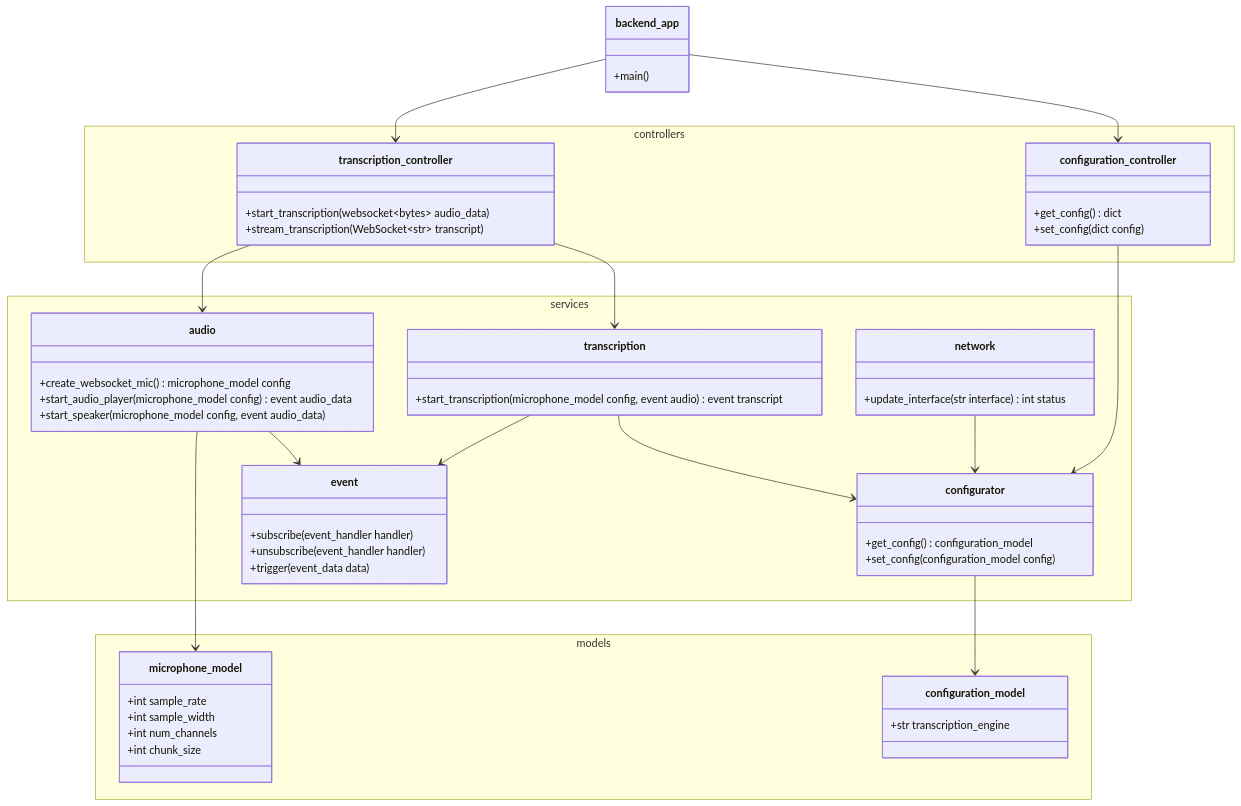
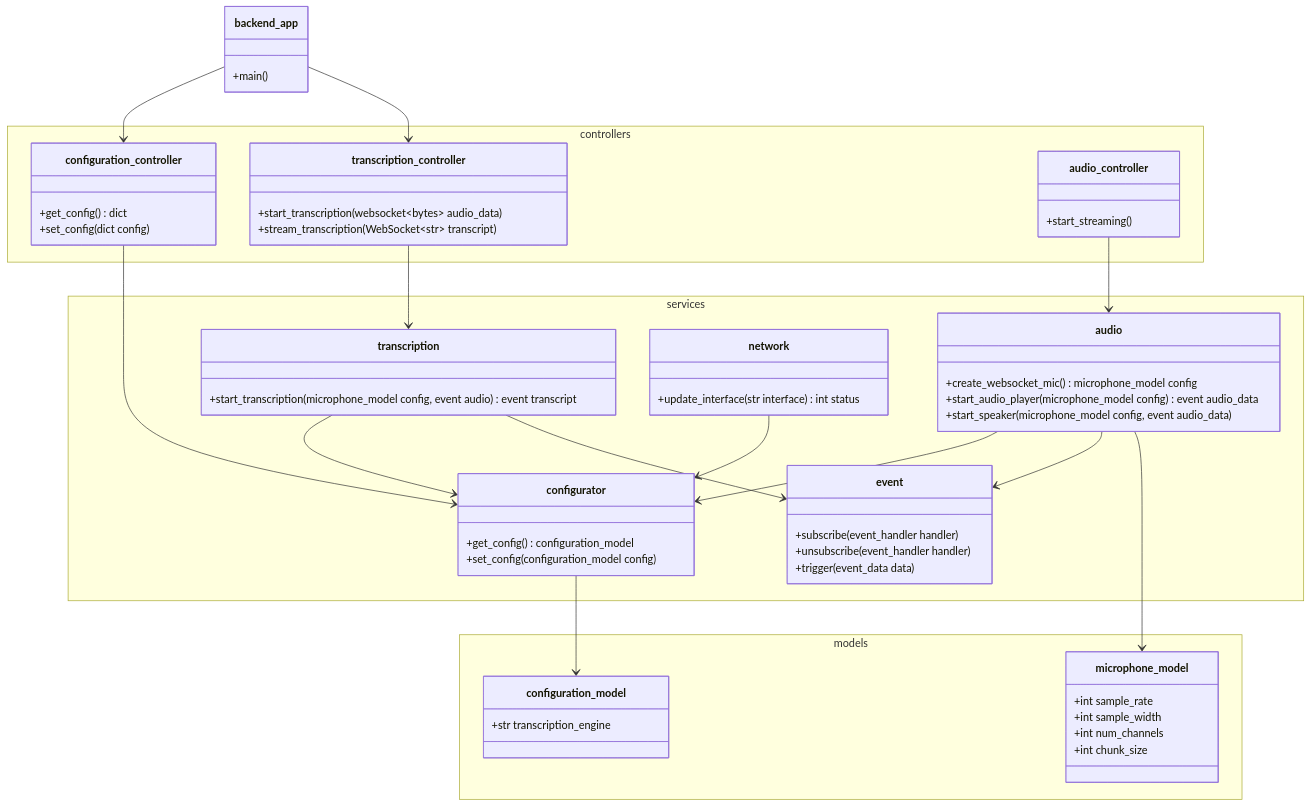
Before and after one commit to mohdfareed/MSD_P18538: the second of 7 diagrams in software/backend/README.md, drawn with Mermaid.

Commit message:
Update `README`

````diff
--- a/software/backend/README.md
+++ b/software/backend/README.md
@@ -67,73 +67,78 @@
 ```mermaid
 classDiagram
     class backend_app {
         +main()
     }
 
     namespace controllers {
         class configuration_controller {
             +get_config() dict
             +set_config(dict config)
         }
 
         class transcription_controller {
             +start_transcription(websocket~bytes~ audio_data)
             +stream_transcription(WebSocket~str~ transcript)
+        }
+
+        class audio_controller {
+            +start_streaming()
         }
     }
 
     namespace models {
         class configuration_model {
             +str transcription_engine
         }
 
         class microphone_model {
             +int sample_rate
             +int sample_width
             +int num_channels
             +int chunk_size
         }
     }
 
     namespace services {
         class transcription {
             +start_transcription(microphone_model config, event audio) event transcript
         }
 
         class audio {
             +create_websocket_mic() microphone_model config
             +start_audio_player(microphone_model config) event audio_data
             +start_speaker(microphone_model config, event audio_data)
         }
 
         class network {
             +update_interface(str interface) int status
         }
 
         class configurator {
             +get_config() configuration_model
             +set_config(configuration_model config)
         }
 
         class event {
             +subscribe(event_handler handler)
             +unsubscribe(event_handler handler)
             +trigger(event_data data)
         }
     }
 
     backend_app --> configuration_controller
     backend_app --> transcription_controller
 
     configuration_controller --> configurator
     transcription_controller --> transcription
-    transcription_controller --> audio
+    audio_controller --> audio
 
     transcription --> configurator
     transcription --> event
+    audio --> configurator
     audio --> event
 
     network --> configurator
     audio --> microphone_model
     configurator --> configuration_model
 ```
````
